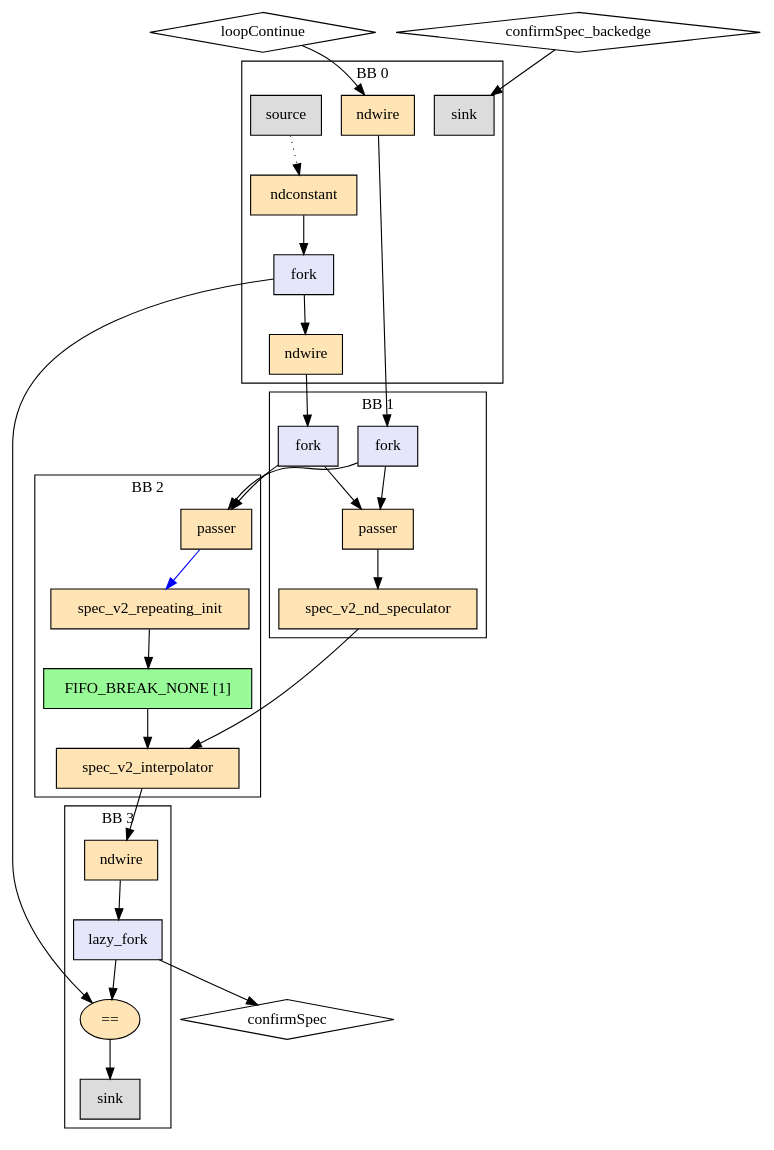
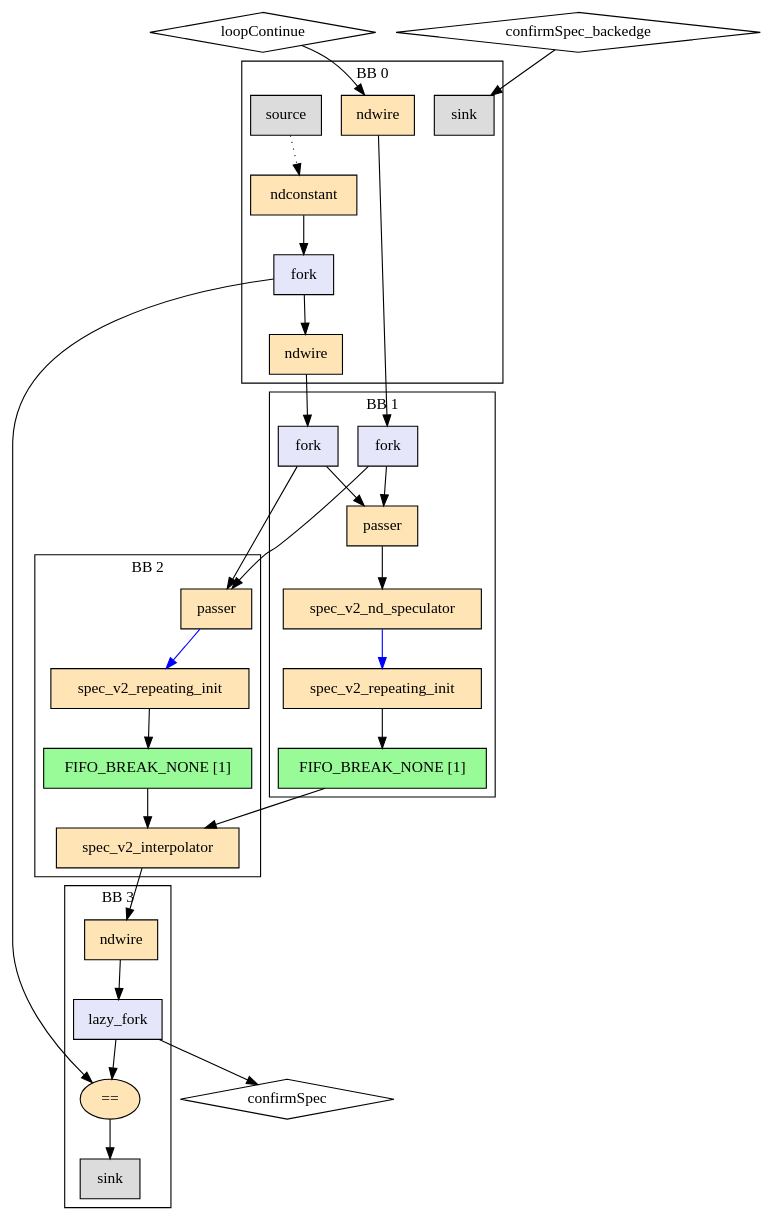
The diagram in experimental/tools/elastic-miter/out/introduceResolver/lhs_reachability/model.dot (EPFL-LAP/dynamatic), drawn with Graphviz before and after one commit. The commit also changed 143 other files, not shown here.

```diff
--- a/experimental/tools/elastic-miter/out/introduceResolver/lhs_reachability/model.dot
+++ b/experimental/tools/elastic-miter/out/introduceResolver/lhs_reachability/model.dot
@@ -1,59 +1,63 @@
 Digraph G {
   splines=spline
   compound=true
   "loopContinue" ["style"="solid", "shape"="diamond", "label"="loopContinue", "mlir_op"="handshake.func"]
   "confirmSpec_backedge" ["style"="solid", "shape"="diamond", "label"="confirmSpec_backedge", "mlir_op"="handshake.func"]
   "confirmSpec" ["style"="solid", "shape"="diamond", "label"="confirmSpec", "mlir_op"="handshake.func"]
   "loopContinue" -> "ndw_in_loopContinue" ["dir"="both", "style"="solid", "arrowhead"="normal", "from_idx"="0", "to"="ins", "arrowtail"="none", "from"="loopContinue", "to_idx"="0"]
   "confirmSpec_backedge" -> "backedge_sink_start_confirmSpec" ["dir"="both", "style"="solid", "arrowhead"="normal", "from_idx"="1", "to"="ins", "arrowtail"="none", "from"="confirmSpec_backedge", "to_idx"="0"]
   "backedge_lf_start_confirmSpec" -> "backedge_eq_confirmSpec" ["dir"="both", "style"="solid", "arrowhead"="normal", "from_idx"="1", "to"="lhs", "arrowtail"="none", "from"="outs_1", "to_idx"="0"]
   "backedge_lf_end_confirmSpec" -> "confirmSpec" ["dir"="both", "style"="solid", "arrowhead"="normal", "from_idx"="0", "to"="confirmSpec", "arrowtail"="none", "from"="outs_0", "to_idx"="0"]
   "ndw_in_loopContinue" -> "ctx_fork" ["dir"="both", "style"="solid", "arrowhead"="normal", "from_idx"="0", "to"="ins", "arrowtail"="none", "from"="outs", "to_idx"="0"]
   "ndw_in_confirmSpec_backedge" -> "ctx_fork_cs" ["dir"="both", "style"="solid", "arrowhead"="normal", "from_idx"="0", "to"="ins", "arrowtail"="none", "from"="outs", "to_idx"="0"]
   "ctx_fork" -> "passer" ["dir"="both", "style"="solid", "arrowhead"="normal", "from_idx"="1", "to"="data", "arrowtail"="none", "from"="outs_1", "to_idx"="0"]
   "ctx_fork_cs" -> "passer" ["dir"="both", "style"="solid", "arrowhead"="normal", "from_idx"="1", "to"="ctrl", "arrowtail"="none", "from"="outs_1", "to_idx"="1"]
-  "ndspec" -> "interpolate" ["dir"="both", "style"="solid", "arrowhead"="normal", "from_idx"="0", "to"="long", "arrowtail"="none", "from"="outs", "to_idx"="1"]
+  "ctx_buffer" -> "interpolate" ["dir"="both", "style"="solid", "arrowhead"="normal", "from_idx"="0", "to"="long", "arrowtail"="none", "from"="outs", "to_idx"="1"]
   "interpolate" -> "ndw_out_confirmSpec" ["dir"="both", "style"="solid", "arrowhead"="normal", "from_idx"="0", "to"="ins", "arrowtail"="none", "from"="result", "to_idx"="0"]
   subgraph cluster0 {
     graph ["label"="BB 0"]
     "backedge_source_confirmSpec" ["style"="filled", "fillcolor"="gainsboro", "shape"="box", "label"="source", "mlir_op"="handshake.source"]
     "backedge_constant_confirmSpec" ["style"="filled", "fillcolor"="moccasin", "shape"="box", "label"="ndconstant", "mlir_op"="handshake.ndconstant"]
     "backedge_lf_start_confirmSpec" ["style"="filled", "fillcolor"="lavender", "shape"="box", "label"="fork", "mlir_op"="handshake.fork"]
     "backedge_sink_start_confirmSpec" ["style"="filled", "fillcolor"="gainsboro", "shape"="box", "label"="sink", "mlir_op"="handshake.sink"]
     "ndw_in_loopContinue" ["style"="filled", "fillcolor"="moccasin", "shape"="box", "label"="ndwire", "mlir_op"="handshake.ndwire"]
     "ndw_in_confirmSpec_backedge" ["style"="filled", "fillcolor"="moccasin", "shape"="box", "label"="ndwire", "mlir_op"="handshake.ndwire"]
     "backedge_source_confirmSpec" -> "backedge_constant_confirmSpec" ["dir"="both", "style"="dotted", "arrowhead"="normal", "from_idx"="0", "to"="ctrl", "arrowtail"="none", "from"="outs", "to_idx"="0"]
     "backedge_constant_confirmSpec" -> "backedge_lf_start_confirmSpec" ["dir"="both", "style"="solid", "arrowhead"="normal", "from_idx"="0", "to"="ins", "arrowtail"="none", "from"="result", "to_idx"="0"]
     "backedge_lf_start_confirmSpec" -> "ndw_in_confirmSpec_backedge" ["dir"="both", "style"="solid", "arrowhead"="normal", "from_idx"="0", "to"="ins", "arrowtail"="none", "from"="outs_0", "to_idx"="0"]
   }
   subgraph cluster3 {
     graph ["label"="BB 3"]
     "backedge_lf_end_confirmSpec" ["style"="filled", "fillcolor"="lavender", "shape"="box", "label"="lazy_fork", "mlir_op"="handshake.lazy_fork"]
     "backedge_eq_confirmSpec" ["style"="filled", "fillcolor"="moccasin", "shape"="oval", "label"="==", "mlir_op"="handshake.cmpi=="]
     "backedge_sink_end_confirmSpec" ["style"="filled", "fillcolor"="gainsboro", "shape"="box", "label"="sink", "mlir_op"="handshake.sink"]
     "ndw_out_confirmSpec" ["style"="filled", "fillcolor"="moccasin", "shape"="box", "label"="ndwire", "mlir_op"="handshake.ndwire"]
     "backedge_lf_end_confirmSpec" -> "backedge_eq_confirmSpec" ["dir"="both", "style"="solid", "arrowhead"="normal", "from_idx"="1", "to"="rhs", "arrowtail"="none", "from"="outs_1", "to_idx"="1"]
     "backedge_eq_confirmSpec" -> "backedge_sink_end_confirmSpec" ["dir"="both", "style"="solid", "arrowhead"="normal", "from_idx"="0", "to"="ins", "arrowtail"="none", "from"="result", "to_idx"="0"]
     "ndw_out_confirmSpec" -> "backedge_lf_end_confirmSpec" ["dir"="both", "style"="solid", "arrowhead"="normal", "from_idx"="0", "to"="ins", "arrowtail"="none", "from"="outs", "to_idx"="0"]
   }
   subgraph cluster1 {
     graph ["label"="BB 1"]
     "ctx_fork" ["style"="filled", "fillcolor"="lavender", "shape"="box", "label"="fork", "mlir_op"="handshake.fork"]
     "ctx_fork_cs" ["style"="filled", "fillcolor"="lavender", "shape"="box", "label"="fork", "mlir_op"="handshake.fork"]
     "ctx_passer" ["style"="filled", "fillcolor"="moccasin", "shape"="box", "label"="passer", "mlir_op"="handshake.passer"]
     "ndspec" ["style"="filled", "fillcolor"="moccasin", "shape"="box", "label"="spec_v2_nd_speculator", "mlir_op"="handshake.spec_v2_nd_speculator"]
+    "ctx_ri" ["style"="filled", "fillcolor"="moccasin", "shape"="box", "label"="spec_v2_repeating_init", "mlir_op"="handshake.spec_v2_repeating_init"]
+    "ctx_buffer" ["style"="filled", "fillcolor"="palegreen", "shape"="box", "label"="FIFO_BREAK_NONE [1]", "mlir_op"="handshake.buffer"]
     "ctx_fork" -> "ctx_passer" ["dir"="both", "style"="solid", "arrowhead"="normal", "from_idx"="0", "to"="data", "arrowtail"="none", "from"="outs_0", "to_idx"="0"]
     "ctx_fork_cs" -> "ctx_passer" ["dir"="both", "style"="solid", "arrowhead"="normal", "from_idx"="0", "to"="ctrl", "arrowtail"="none", "from"="outs_0", "to_idx"="1"]
     "ctx_passer" -> "ndspec" ["dir"="both", "style"="solid", "arrowhead"="normal", "from_idx"="0", "to"="ins", "arrowtail"="none", "from"="result", "to_idx"="0"]
+    "ndspec" -> "ctx_ri" ["dir"="both", "style"="solid", "arrowhead"="normal", "from_idx"="0", "color"="blue", "to"="ins", "arrowtail"="none", "from"="outs", "to_idx"="0"]
+    "ctx_ri" -> "ctx_buffer" ["dir"="both", "style"="solid", "arrowhead"="normal", "from_idx"="0", "to"="ins", "arrowtail"="none", "from"="outs", "to_idx"="0"]
   }
   subgraph cluster2 {
     graph ["label"="BB 2"]
     "passer" ["style"="filled", "fillcolor"="moccasin", "shape"="box", "label"="passer", "mlir_op"="handshake.passer"]
     "ri" ["style"="filled", "fillcolor"="moccasin", "shape"="box", "label"="spec_v2_repeating_init", "mlir_op"="handshake.spec_v2_repeating_init"]
     "buffer" ["style"="filled", "fillcolor"="palegreen", "shape"="box", "label"="FIFO_BREAK_NONE [1]", "mlir_op"="handshake.buffer"]
     "interpolate" ["style"="filled", "fillcolor"="moccasin", "shape"="box", "label"="spec_v2_interpolator", "mlir_op"="handshake.spec_v2_interpolator"]
     "passer" -> "ri" ["dir"="both", "style"="solid", "arrowhead"="normal", "from_idx"="0", "color"="blue", "to"="ins", "arrowtail"="none", "from"="result", "to_idx"="0"]
     "ri" -> "buffer" ["dir"="both", "style"="solid", "arrowhead"="normal", "from_idx"="0", "to"="ins", "arrowtail"="none", "from"="outs", "to_idx"="0"]
     "buffer" -> "interpolate" ["dir"="both", "style"="solid", "arrowhead"="normal", "from_idx"="0", "to"="short", "arrowtail"="none", "from"="outs", "to_idx"="0"]
   }
 }
```
